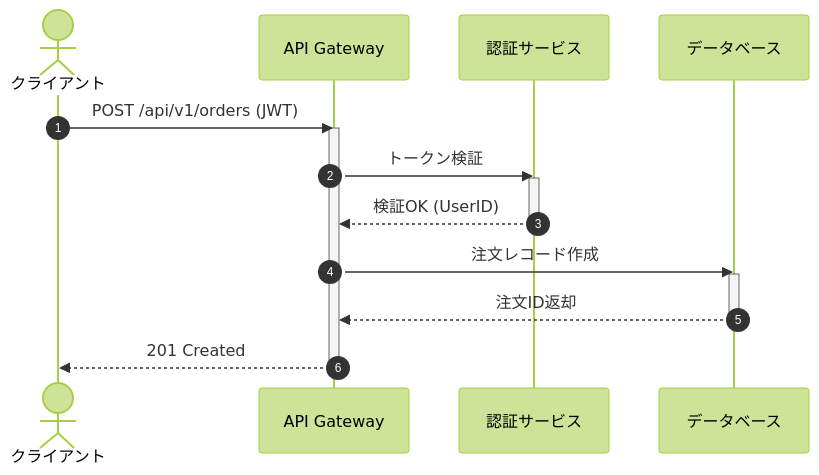
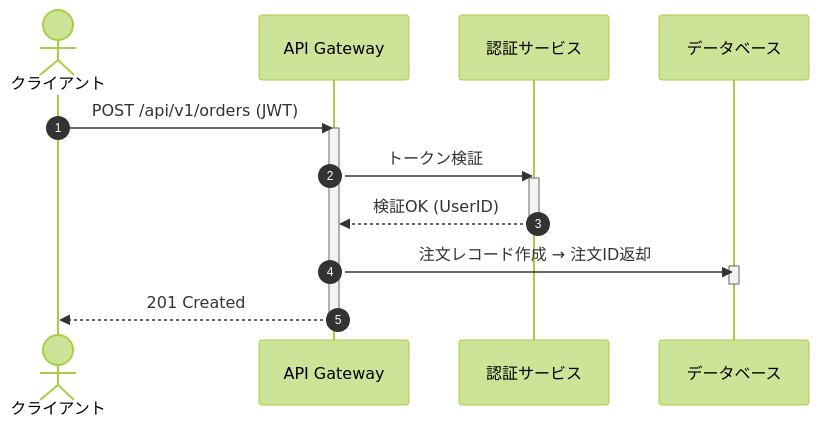
Before and after one commit to FunUd/ai-centric-marp-themes: the diagram in scripts/diagrams/templates/mermaid/sequence-api.mmd, drawn with Mermaid (forest theme). The commit also changed 48 other files, not shown here.

```diff
--- a/scripts/diagrams/templates/mermaid/sequence-api.mmd
+++ b/scripts/diagrams/templates/mermaid/sequence-api.mmd
@@ -1,19 +1,18 @@
 sequenceDiagram
     autonumber
     actor Client as クライアント
     participant API as API Gateway
     participant Auth as 認証サービス
     participant DB as データベース
 
     Client->>API: POST /api/v1/orders (JWT)
     activate API
     API->>Auth: トークン検証
     activate Auth
     Auth-->>API: 検証OK (UserID)
     deactivate Auth
-    API->>DB: 注文レコード作成
+    API->>DB: 注文レコード作成 → 注文ID返却
     activate DB
-    DB-->>API: 注文ID返却
     deactivate DB
     API-->>Client: 201 Created
     deactivate API
```
